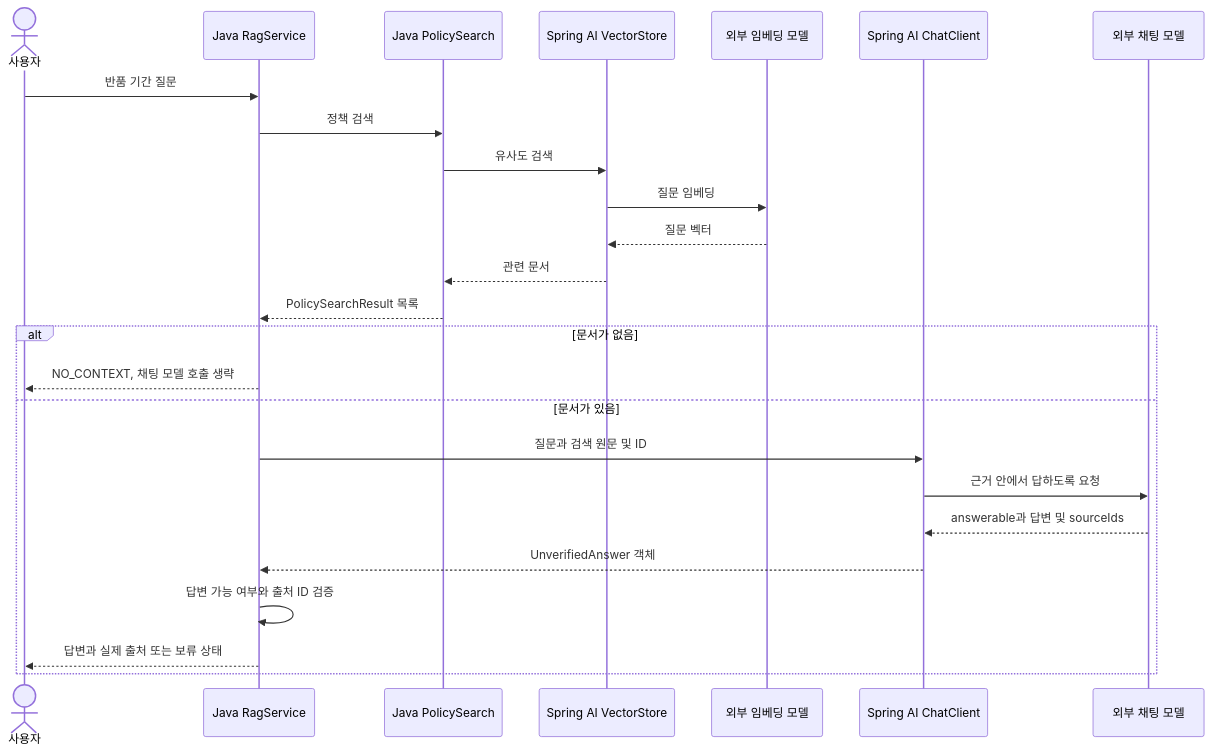
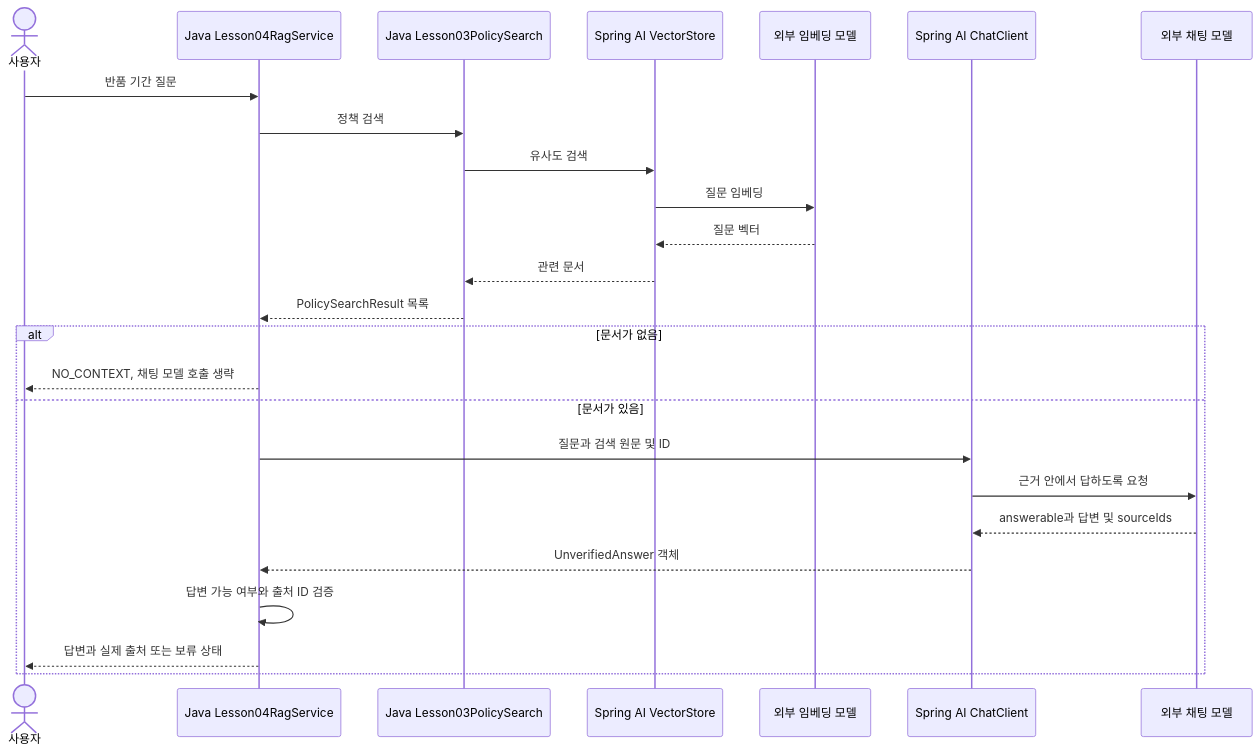
Before and after one commit to Justin-ad-Park/SpringShoppingAI: the diagram in Spring-AI-Agent-Learning/docs/lessons/10-rag/04-custom-generation.md, drawn with Mermaid. The commit also changed other lines of this file and 248 other files, not shown here.

````diff
--- a/Spring-AI-Agent-Learning/docs/lessons/10-rag/04-custom-generation.md
+++ b/Spring-AI-Agent-Learning/docs/lessons/10-rag/04-custom-generation.md
@@ -12,27 +12,27 @@
 ```mermaid
 sequenceDiagram
     actor User as 사용자
-    participant App as Java RagService
-    participant Search as Java PolicySearch
+    participant App as Java Lesson04RagService
+    participant Search as Java Lesson03PolicySearch
     participant Store as Spring AI VectorStore
     participant Embed as 외부 임베딩 모델
     participant AI as Spring AI ChatClient
     participant Model as 외부 채팅 모델
     User->>App: 반품 기간 질문
     App->>Search: 정책 검색
     Search->>Store: 유사도 검색
     Store->>Embed: 질문 임베딩
     Embed-->>Store: 질문 벡터
     Store-->>Search: 관련 문서
     Search-->>App: PolicySearchResult 목록
     alt 문서가 없음
         App-->>User: NO_CONTEXT, 채팅 모델 호출 생략
     else 문서가 있음
         App->>AI: 질문과 검색 원문 및 ID
         AI->>Model: 근거 안에서 답하도록 요청
         Model-->>AI: answerable과 답변 및 sourceIds
         AI-->>App: UnverifiedAnswer 객체
         App->>App: 답변 가능 여부와 출처 ID 검증
         App-->>User: 답변과 실제 출처 또는 보류 상태
     end
 ```
````
